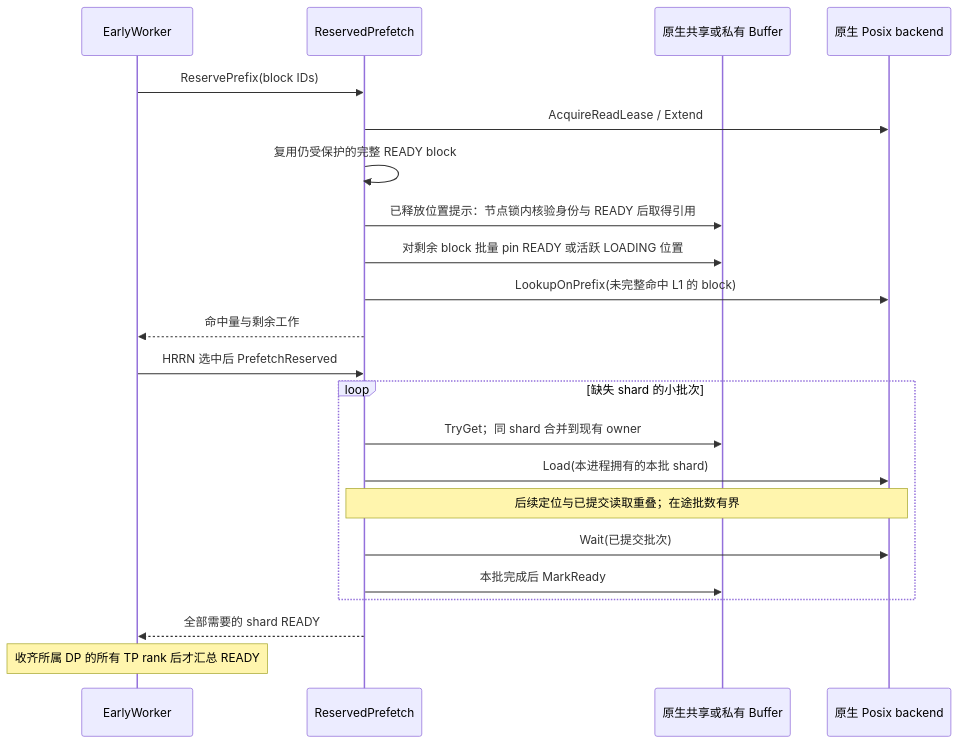
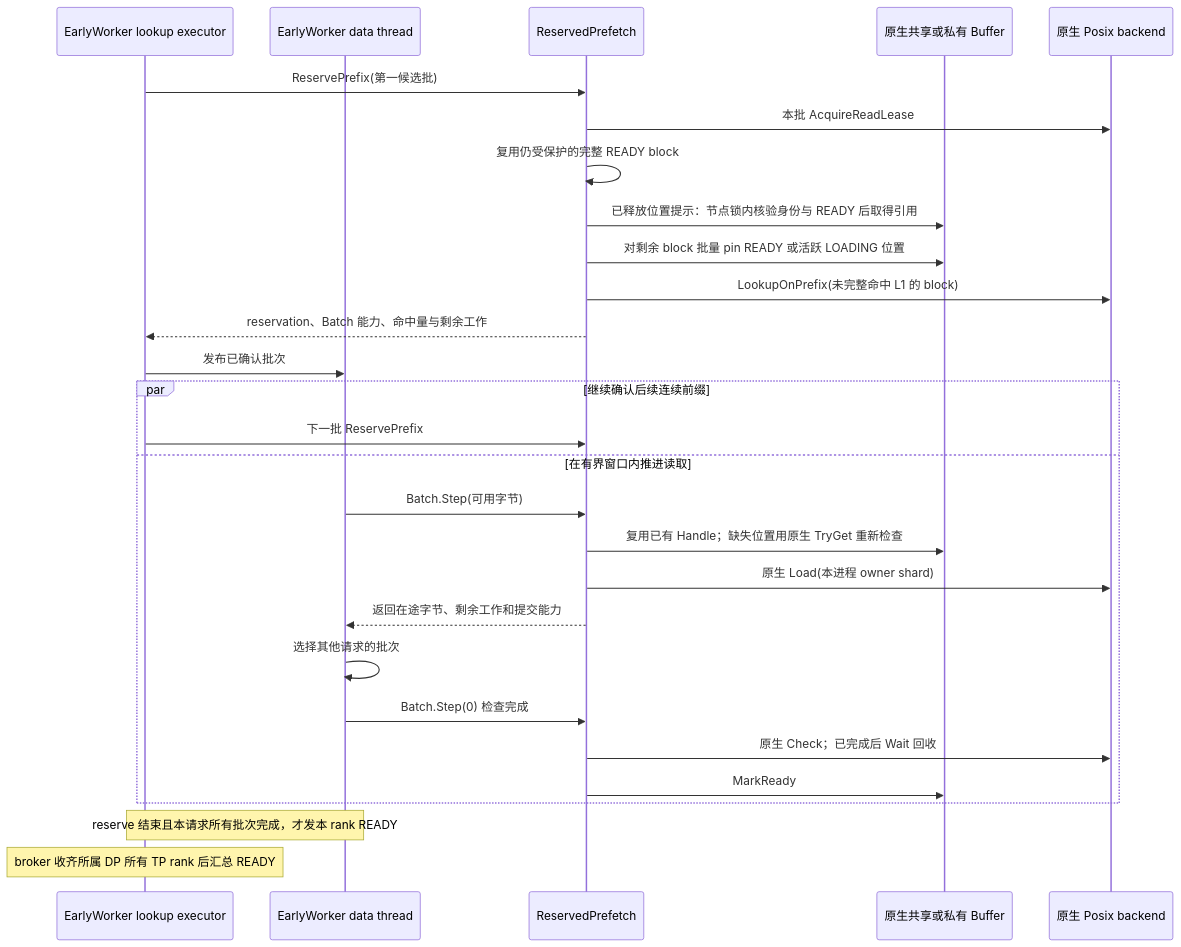
The first of 2 diagrams in docs/EARLY_PREFETCH_DESIGN.md (StorTecDev/ucm-prefetch), drawn with Mermaid before and after one commit. The commit also changed other lines of this file and 3 other files, not shown here.

Commit message:
docs(early): document batch ownership, attribution and GLM validation limits

````diff
--- a/docs/EARLY_PREFETCH_DESIGN.md
+++ b/docs/EARLY_PREFETCH_DESIGN.md
@@ -72,24 +83,30 @@
 ```mermaid
 sequenceDiagram
-    participant W as EarlyWorker
+    participant W as EarlyWorker lookup executor
+    participant D as EarlyWorker data thread
     participant R as ReservedPrefetch
     participant B as 原生共享或私有 Buffer
     participant P as 原生 Posix backend
-    W->>R: ReservePrefix(block IDs)
-    R->>P: AcquireReadLease / Extend
+    W->>R: ReservePrefix(第一候选批)
+    R->>P: 本批 AcquireReadLease
     R->>R: 复用仍受保护的完整 READY block
     R->>B: 已释放位置提示：节点锁内核验身份与 READY 后取得引用
     R->>B: 对剩余 block 批量 pin READY 或活跃 LOADING 位置
     R->>P: LookupOnPrefix(未完整命中 L1 的 block)
-    R-->>W: 命中量与剩余工作
-    W->>R: HRRN 选中后 PrefetchReserved
-    loop 缺失 shard 的小批次
-        R->>B: TryGet；同 shard 合并到现有 owner
-        R->>P: Load(本进程拥有的本批 shard)
-        Note over R,P: 后续定位与已提交读取重叠；在途批数有界
-        R->>P: Wait(已提交批次)
-        R->>B: 本批完成后 MarkReady
+    R-->>W: reservation、Batch 能力、命中量与剩余工作
+    W->>D: 发布已确认批次
+    par 继续确认后续连续前缀
+        W->>R: 下一批 ReservePrefix
+    and 在有界窗口内推进读取
+        D->>R: Batch.Step(可用字节)
+        R->>B: 复用已有 Handle；缺失位置用原生 TryGet 重新检查
+        R->>P: 原生 Load(本进程 owner shard)
+        R-->>D: 返回在途字节、剩余工作和提交能力
+        D->>D: 选择其他请求的批次
+        D->>R: Batch.Step(0) 检查完成
+        R->>P: 原生 Check；已完成后 Wait 回收
+        R->>B: MarkReady
     end
-    R-->>W: 全部需要的 shard READY
-    Note over W: 收齐所属 DP 的所有 TP rank 后才汇总 READY
+    Note over W,D: reserve 结束且本请求所有批次完成，才发本 rank READY
+    Note over W: broker 收齐所属 DP 所有 TP rank 后汇总 READY
 ```
````
